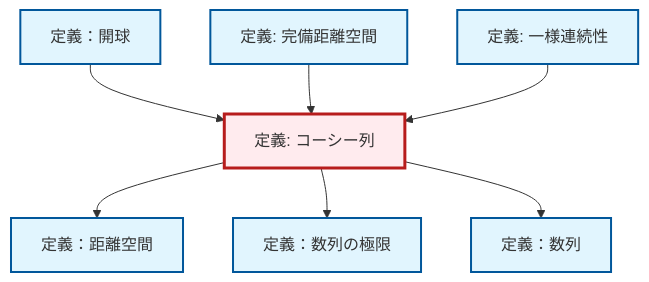
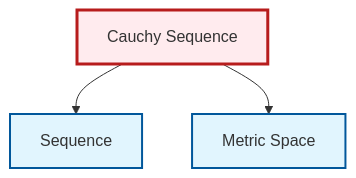
The diagram in content/ja/analysis/def-cauchy-sequence.qmd (RK0429/ModernMath), drawn with Mermaid before and after one commit. The commit also changed 328 other files, not shown here.

````diff
--- a/content/ja/analysis/def-cauchy-sequence.qmd
+++ b/content/ja/analysis/def-cauchy-sequence.qmd
@@ -89,29 +89,17 @@
 ```{mermaid}
 %%| fig-cap: "ローカル依存関係グラフ"
 graph TD
     classDef definition fill:#e1f5fe,stroke:#01579b,stroke-width:2px
     classDef theorem fill:#f3e5f5,stroke:#4a148c,stroke-width:2px
     classDef axiom fill:#fff3e0,stroke:#e65100,stroke-width:2px
     classDef example fill:#e8f5e9,stroke:#1b5e20,stroke-width:2px
     classDef current fill:#ffebee,stroke:#b71c1c,stroke-width:3px
-    def-cauchy-sequence["定義: コーシー列"]:::definition
-    def-uniform-continuity["定義: 一様連続性"]:::definition
-    def-limit["定義：数列の極限"]:::definition
-    def-metric-space["定義：距離空間"]:::definition
-    def-open-ball["定義：開球"]:::definition
-    def-complete-metric-space["定義: 完備距離空間"]:::definition
-    def-sequence["定義：数列"]:::definition
+    def-sequence["Sequence"]:::definition
+    def-metric-space["Metric Space"]:::definition
+    def-cauchy-sequence["Cauchy Sequence"]:::definition
+    def-cauchy-sequence --> def-sequence
     def-cauchy-sequence --> def-metric-space
-    def-open-ball --> def-cauchy-sequence
-    def-cauchy-sequence --> def-limit
-    def-cauchy-sequence --> def-sequence
-    def-complete-metric-space --> def-cauchy-sequence
-    def-uniform-continuity --> def-cauchy-sequence
     class def-cauchy-sequence current
-    click def-uniform-continuity "def-uniform-continuity.html" "一様連続性の定義へ"
-    click def-limit "def-limit.html" "定義：数列の極限へ"
-    click def-metric-space "def-metric-space.html" "定義：距離空間へ"
-    click def-open-ball "def-open-ball.html" "定義：開球へ"
-    click def-complete-metric-space "def-complete-metric-space.html" "完備距離空間の定義へ"
-    click def-sequence "def-sequence.html" "定義：数列へ"
+    click def-sequence "def-sequence.html" "Sequenceへ"
+    click def-metric-space "def-metric-space.html" "Metric Spaceへ"
 ```
````
